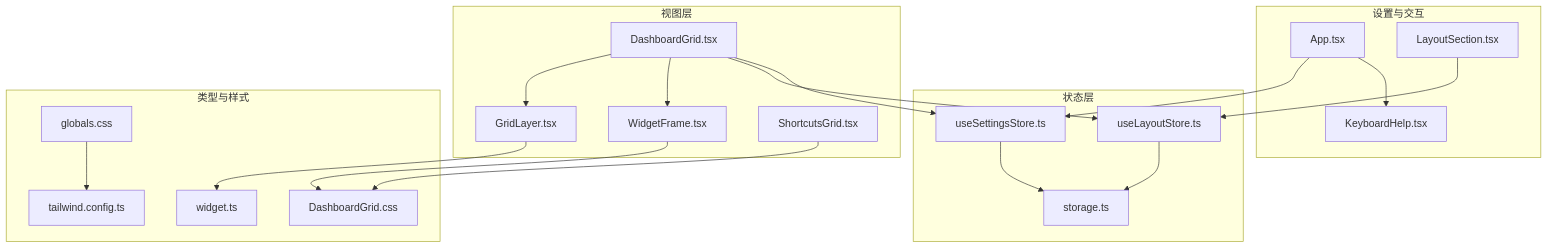
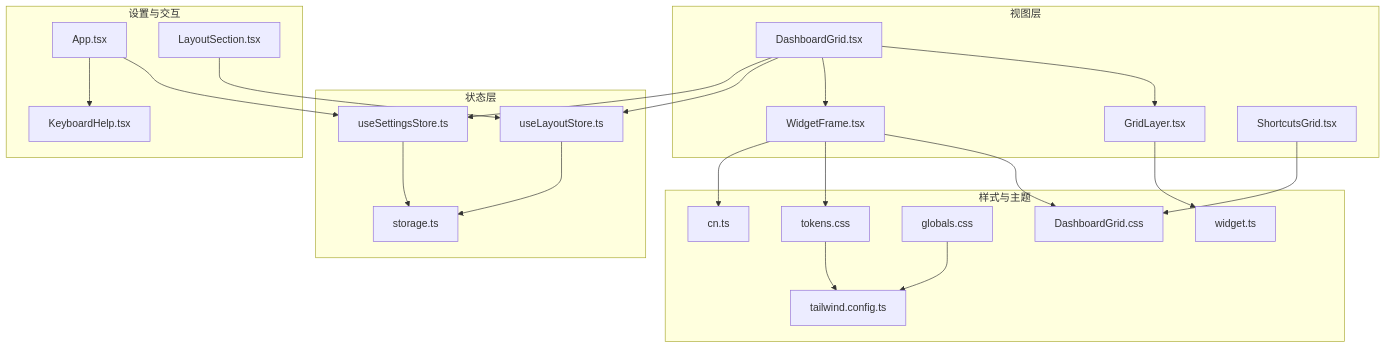
The first of 10 diagrams in .qoder/repowiki/zh/content/布局系统.md (Zy0913/xtab), drawn with Mermaid before and after one commit. The commit also changed other lines of this file and 15 other files, not shown here.

````diff
--- a/.qoder/repowiki/zh/content/布局系统.md
+++ b/.qoder/repowiki/zh/content/布局系统.md
@@ -66,38 +72,43 @@
 ```mermaid
 graph TB
 subgraph "视图层"
 DG["DashboardGrid.tsx"]
 GL["GridLayer.tsx"]
 WF["WidgetFrame.tsx"]
 SG["ShortcutsGrid.tsx"]
 end
 subgraph "状态层"
 LS["useLayoutStore.ts"]
 SS["useSettingsStore.ts"]
 ST["storage.ts"]
 end
 subgraph "设置与交互"
 APP["App.tsx"]
 KH["KeyboardHelp.tsx"]
 LSEC["LayoutSection.tsx"]
 end
-subgraph "类型与样式"
+subgraph "样式与主题"
 WT["widget.ts"]
 CSS["DashboardGrid.css"]
 GCSS["globals.css"]
 TC["tailwind.config.ts"]
+TK["tokens.css"]
+CN["cn.ts"]
 end
 DG --> GL
 DG --> WF
 DG --> LS
 DG --> SS
 GL --> WT
 WF --> CSS
+WF --> TK
+WF --> CN
 LS --> ST
 SS --> ST
 APP --> SS
 APP --> KH
 LSEC --> LS
 SG --> CSS
 GCSS --> TC
+TK --> TC
 ```
````
